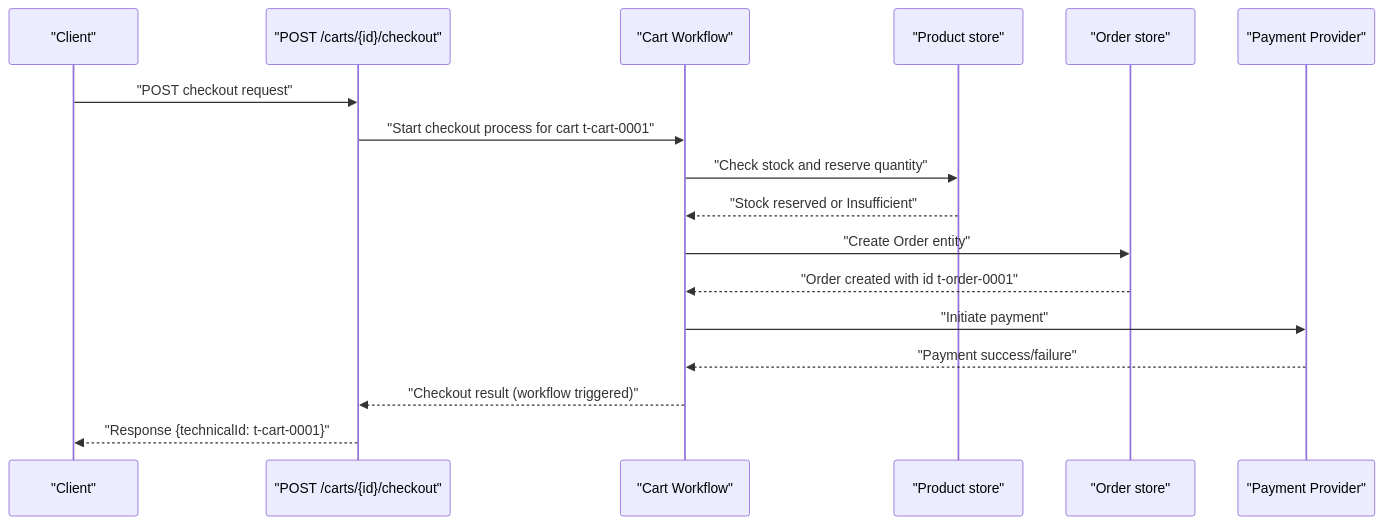
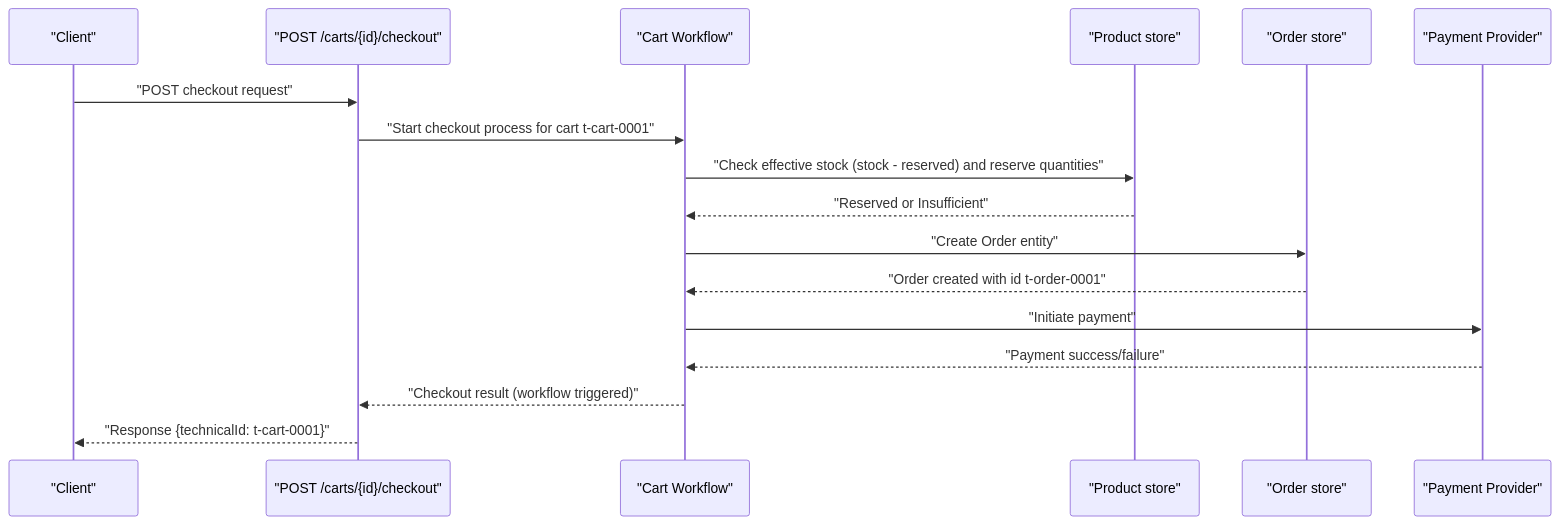
One commit to Cyoda-platform/java-client-template changed the sixth of 7 diagrams in src/main/java/com/java_template/prototype/functional_requirement.md. Above: the diagram before and after it, drawn with Mermaid. The commit also changed other lines of this file, not shown here.

````diff
--- a/src/main/java/com/java_template/prototype/functional_requirement.md
+++ b/src/main/java/com/java_template/prototype/functional_requirement.md
@@ -420,19 +475,19 @@
 ```mermaid
 sequenceDiagram
     participant Client as "Client"
     participant API as "POST /carts/{id}/checkout"
     participant CartSvc as "Cart Workflow"
     participant ProductSvc as "Product store"
     participant OrderSvc as "Order store"
     participant Payment as "Payment Provider"
     Client->>API: "POST checkout request"
     API->>CartSvc: "Start checkout process for cart t-cart-0001"
-    CartSvc->>ProductSvc: "Check stock and reserve quantity"
-    ProductSvc-->>CartSvc: "Stock reserved or Insufficient"
+    CartSvc->>ProductSvc: "Check effective stock (stock - reserved) and reserve quantities"
+    ProductSvc-->>CartSvc: "Reserved or Insufficient"
     CartSvc->>OrderSvc: "Create Order entity"
     OrderSvc-->>CartSvc: "Order created with id t-order-0001"
     CartSvc->>Payment: "Initiate payment"
     Payment-->>CartSvc: "Payment success/failure"
     CartSvc-->>API: "Checkout result (workflow triggered)"
     API-->>Client: "Response {technicalId: t-cart-0001}"
 ```
````
